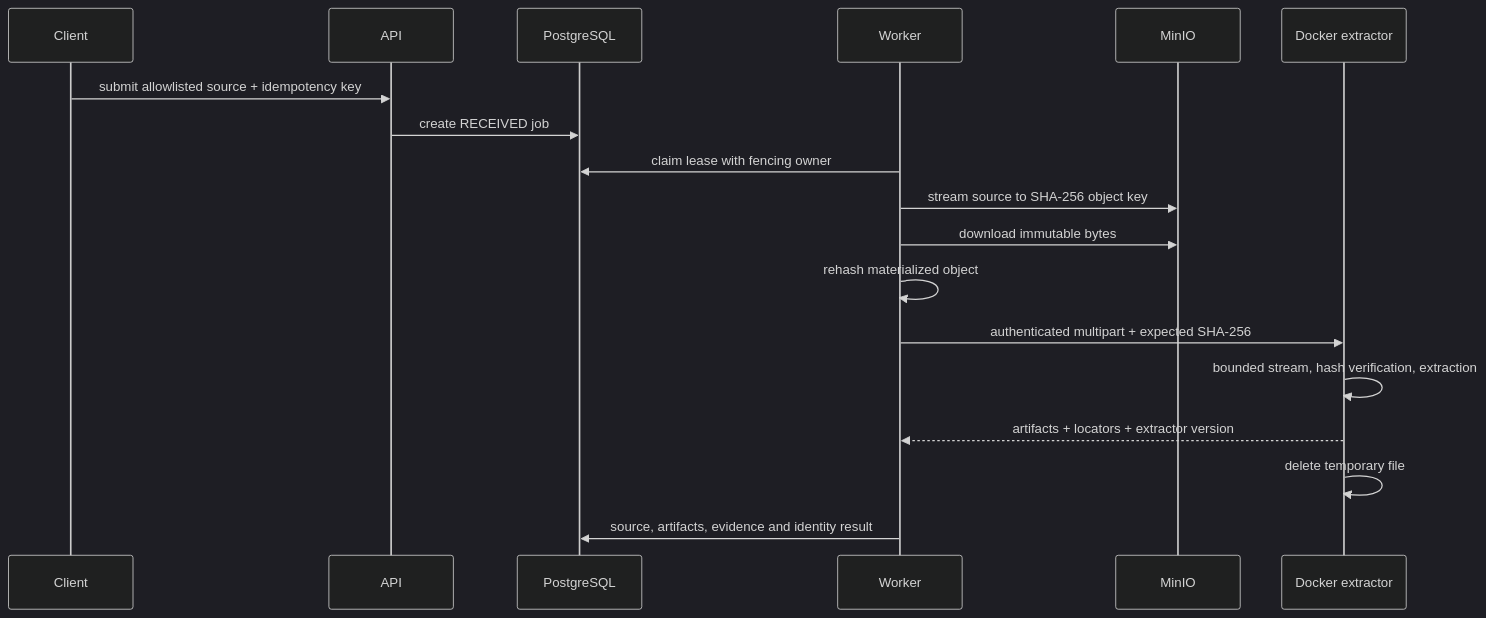
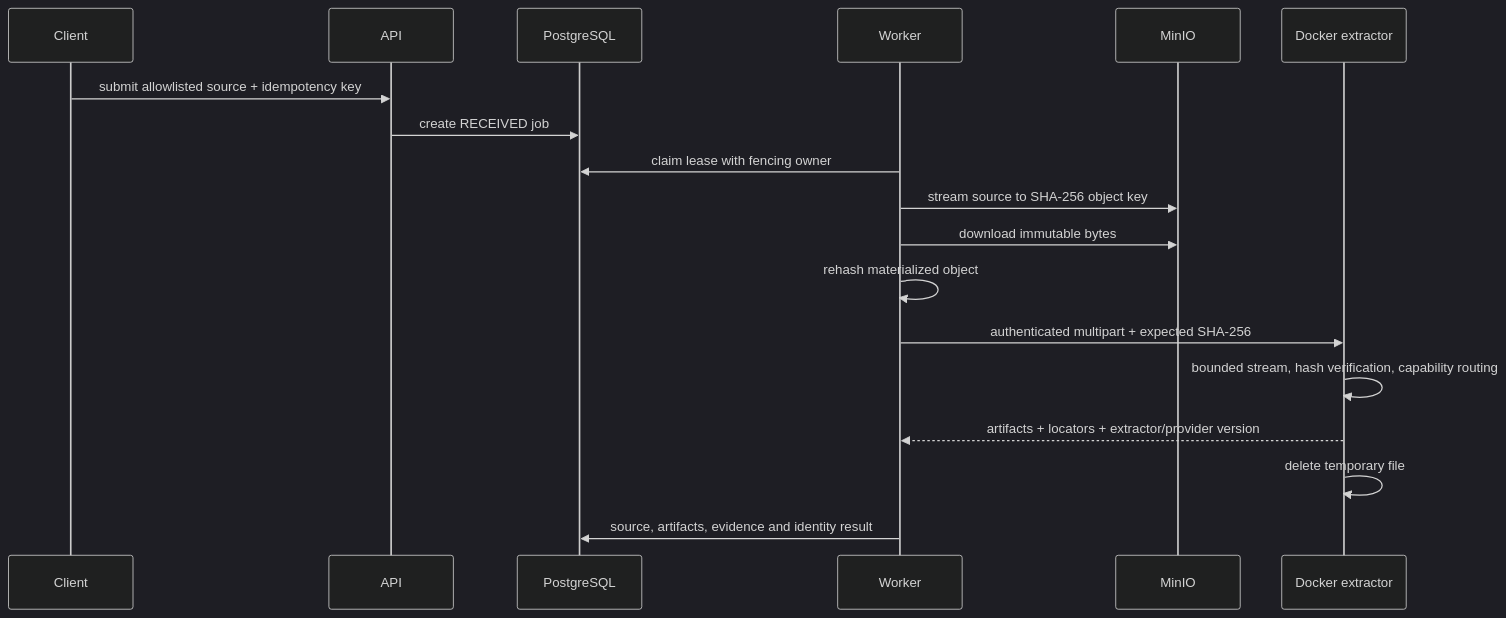
Before and after one commit to David-std/Architecture-Knowledge-Platform: the second of 7 diagrams in docs/architecture/runtime-flows.md, drawn with Mermaid (dark theme). The commit also changed other lines of this file, not shown here.

Commit message:
docs: align runtime flows after branch reconciliation

````diff
--- a/docs/architecture/runtime-flows.md
+++ b/docs/architecture/runtime-flows.md
@@ -24,20 +24,20 @@
 ```mermaid
 sequenceDiagram
   participant C as Client
   participant A as API
   participant D as PostgreSQL
   participant W as Worker
   participant O as MinIO
   participant X as Docker extractor
   C->>A: submit allowlisted source + idempotency key
   A->>D: create RECEIVED job
   W->>D: claim lease with fencing owner
   W->>O: stream source to SHA-256 object key
   W->>O: download immutable bytes
   W->>W: rehash materialized object
   W->>X: authenticated multipart + expected SHA-256
-  X->>X: bounded stream, hash verification, extraction
-  X-->>W: artifacts + locators + extractor version
+  X->>X: bounded stream, hash verification, capability routing
+  X-->>W: artifacts + locators + extractor/provider version
   X->>X: delete temporary file
   W->>D: source, artifacts, evidence and identity result
 ```
````
